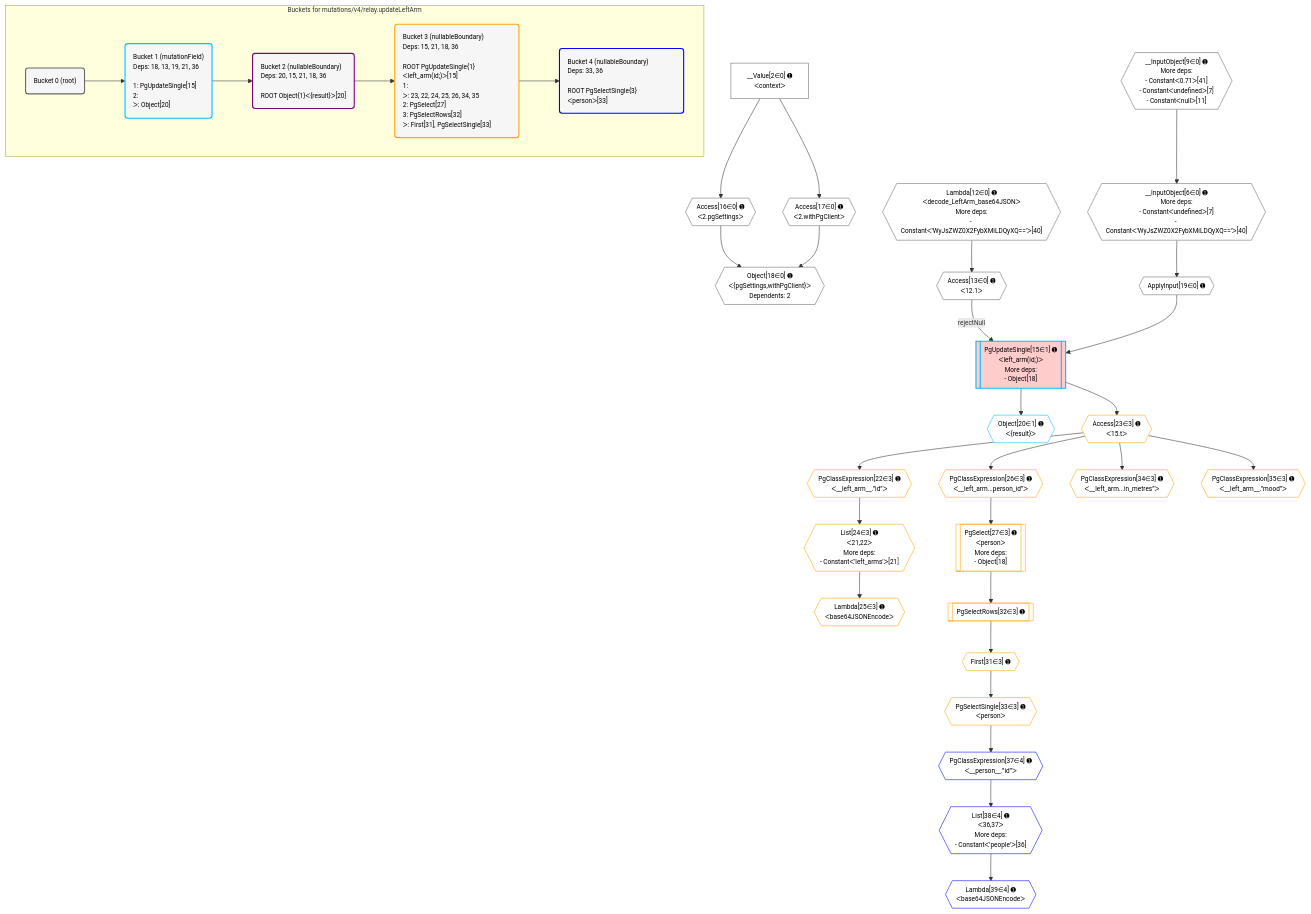
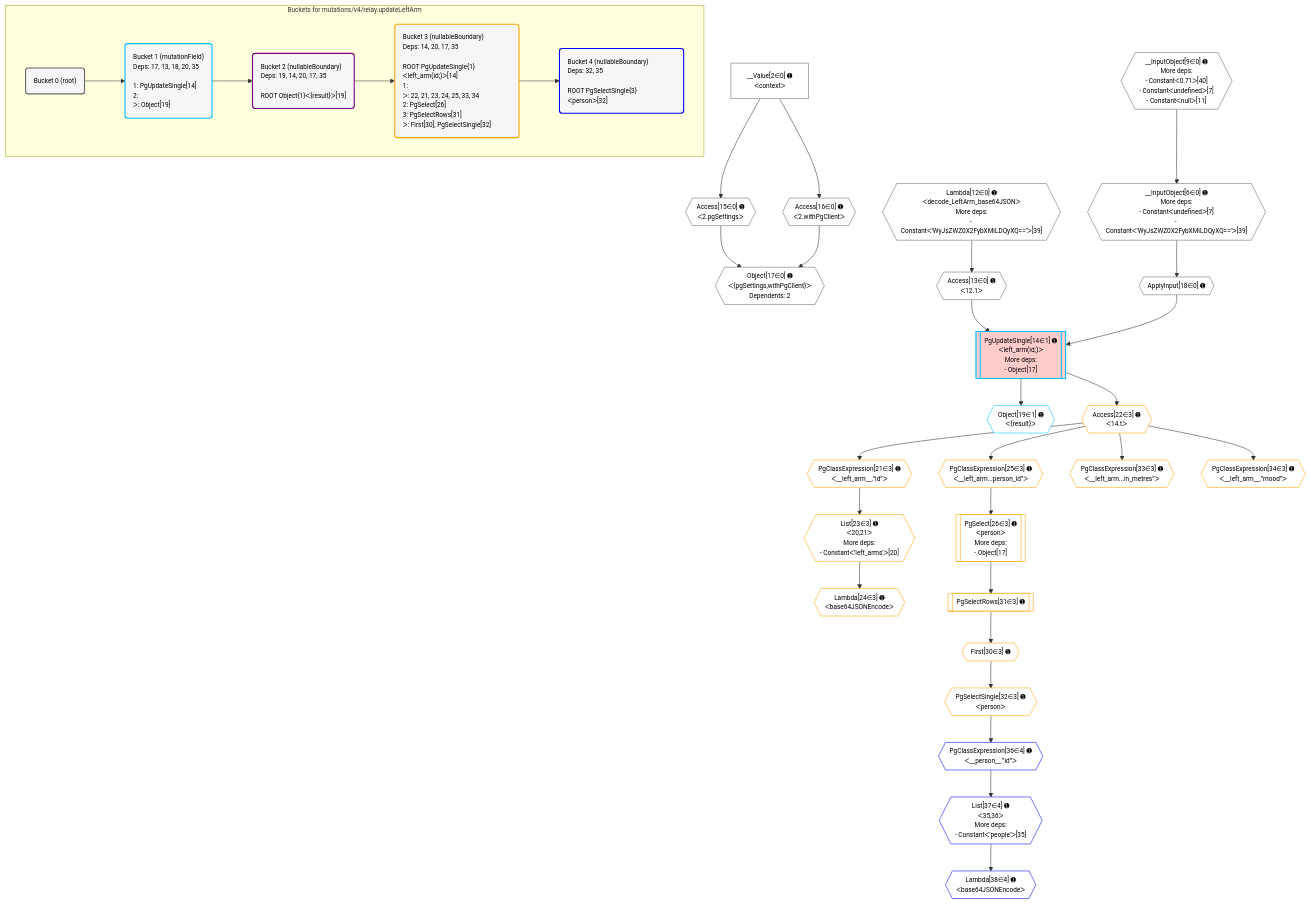
Before and after one commit to graphile/crystal: the diagram in postgraphile/postgraphile/__tests__/mutations/v4/relay.updateLeftArm.mermaid, drawn with Mermaid. The commit also changed 17 other files, not shown here.

Commit message:
Update mermaid plans

```diff
--- a/postgraphile/postgraphile/__tests__/mutations/v4/relay.updateLeftArm.mermaid
+++ b/postgraphile/postgraphile/__tests__/mutations/v4/relay.updateLeftArm.mermaid
@@ -1,82 +1,81 @@
 %%{init: {'themeVariables': { 'fontSize': '12px'}}}%%
 graph TD
     classDef path fill:#eee,stroke:#000,color:#000
     classDef plan fill:#fff,stroke-width:1px,color:#000
     classDef itemplan fill:#fff,stroke-width:2px,color:#000
     classDef unbatchedplan fill:#dff,stroke-width:1px,color:#000
     classDef sideeffectplan fill:#fcc,stroke-width:2px,color:#000
     classDef bucket fill:#f6f6f6,color:#000,stroke-width:2px,text-align:left
 
     subgraph "Buckets for mutations/v4/relay.updateLeftArm"
     Bucket0("Bucket 0 (root)"):::bucket
-    Bucket1("Bucket 1 (mutationField)<br />Deps: 18, 13, 19, 21, 36<br /><br />1: PgUpdateSingle[15]<br />2: <br />ᐳ: Object[20]"):::bucket
-    Bucket2("Bucket 2 (nullableBoundary)<br />Deps: 20, 15, 21, 18, 36<br /><br />ROOT Object{1}ᐸ{result}ᐳ[20]"):::bucket
-    Bucket3("Bucket 3 (nullableBoundary)<br />Deps: 15, 21, 18, 36<br /><br />ROOT PgUpdateSingle{1}ᐸleft_arm(id;)ᐳ[15]<br />1: <br />ᐳ: 23, 22, 24, 25, 26, 34, 35<br />2: PgSelect[27]<br />3: PgSelectRows[32]<br />ᐳ: First[31], PgSelectSingle[33]"):::bucket
-    Bucket4("Bucket 4 (nullableBoundary)<br />Deps: 33, 36<br /><br />ROOT PgSelectSingle{3}ᐸpersonᐳ[33]"):::bucket
+    Bucket1("Bucket 1 (mutationField)<br />Deps: 17, 13, 18, 20, 35<br /><br />1: PgUpdateSingle[14]<br />2: <br />ᐳ: Object[19]"):::bucket
+    Bucket2("Bucket 2 (nullableBoundary)<br />Deps: 19, 14, 20, 17, 35<br /><br />ROOT Object{1}ᐸ{result}ᐳ[19]"):::bucket
+    Bucket3("Bucket 3 (nullableBoundary)<br />Deps: 14, 20, 17, 35<br /><br />ROOT PgUpdateSingle{1}ᐸleft_arm(id;)ᐳ[14]<br />1: <br />ᐳ: 22, 21, 23, 24, 25, 33, 34<br />2: PgSelect[26]<br />3: PgSelectRows[31]<br />ᐳ: First[30], PgSelectSingle[32]"):::bucket
+    Bucket4("Bucket 4 (nullableBoundary)<br />Deps: 32, 35<br /><br />ROOT PgSelectSingle{3}ᐸpersonᐳ[32]"):::bucket
     end
     Bucket0 --> Bucket1
     Bucket1 --> Bucket2
     Bucket2 --> Bucket3
     Bucket3 --> Bucket4
 
     %% plan dependencies
-    __InputObject6{{"__InputObject[6∈0] ➊<br />More deps:<br />- Constantᐸundefinedᐳ[7]<br />- Constantᐸ'WyJsZWZ0X2FybXMiLDQyXQ=='ᐳ[40]"}}:::plan
-    __InputObject9{{"__InputObject[9∈0] ➊<br />More deps:<br />- Constantᐸ0.71ᐳ[41]<br />- Constantᐸundefinedᐳ[7]<br />- Constantᐸnullᐳ[11]"}}:::plan
+    __InputObject6{{"__InputObject[6∈0] ➊<br />More deps:<br />- Constantᐸundefinedᐳ[7]<br />- Constantᐸ'WyJsZWZ0X2FybXMiLDQyXQ=='ᐳ[39]"}}:::plan
+    __InputObject9{{"__InputObject[9∈0] ➊<br />More deps:<br />- Constantᐸ0.71ᐳ[40]<br />- Constantᐸundefinedᐳ[7]<br />- Constantᐸnullᐳ[11]"}}:::plan
     __InputObject9 --> __InputObject6
-    Object18{{"Object[18∈0] ➊<br />ᐸ{pgSettings,withPgClient}ᐳ<br />Dependents: 2"}}:::plan
-    Access16{{"Access[16∈0] ➊<br />ᐸ2.pgSettingsᐳ"}}:::plan
-    Access17{{"Access[17∈0] ➊<br />ᐸ2.withPgClientᐳ"}}:::plan
-    Access16 & Access17 --> Object18
-    Lambda12{{"Lambda[12∈0] ➊<br />ᐸdecode_LeftArm_base64JSONᐳ<br />More deps:<br />- Constantᐸ'WyJsZWZ0X2FybXMiLDQyXQ=='ᐳ[40]"}}:::plan
+    Object17{{"Object[17∈0] ➊<br />ᐸ{pgSettings,withPgClient}ᐳ<br />Dependents: 2"}}:::plan
+    Access15{{"Access[15∈0] ➊<br />ᐸ2.pgSettingsᐳ"}}:::plan
+    Access16{{"Access[16∈0] ➊<br />ᐸ2.withPgClientᐳ"}}:::plan
+    Access15 & Access16 --> Object17
+    Lambda12{{"Lambda[12∈0] ➊<br />ᐸdecode_LeftArm_base64JSONᐳ<br />More deps:<br />- Constantᐸ'WyJsZWZ0X2FybXMiLDQyXQ=='ᐳ[39]"}}:::plan
     Access13{{"Access[13∈0] ➊<br />ᐸ12.1ᐳ"}}:::plan
     Lambda12 --> Access13
     __Value2["__Value[2∈0] ➊<br />ᐸcontextᐳ"]:::plan
+    __Value2 --> Access15
     __Value2 --> Access16
-    __Value2 --> Access17
-    ApplyInput19{{"ApplyInput[19∈0] ➊"}}:::plan
-    __InputObject6 --> ApplyInput19
-    PgUpdateSingle15[["PgUpdateSingle[15∈1] ➊<br />ᐸleft_arm(id;)ᐳ<br />More deps:<br />- Object[18]"]]:::sideeffectplan
-    Access13 -->|rejectNull| PgUpdateSingle15
-    ApplyInput19 --> PgUpdateSingle15
-    Object20{{"Object[20∈1] ➊<br />ᐸ{result}ᐳ"}}:::plan
-    PgUpdateSingle15 --> Object20
-    List24{{"List[24∈3] ➊<br />ᐸ21,22ᐳ<br />More deps:<br />- Constantᐸ'left_arms'ᐳ[21]"}}:::plan
-    PgClassExpression22{{"PgClassExpression[22∈3] ➊<br />ᐸ__left_arm__.”id”ᐳ"}}:::plan
-    PgClassExpression22 --> List24
-    PgSelect27[["PgSelect[27∈3] ➊<br />ᐸpersonᐳ<br />More deps:<br />- Object[18]"]]:::plan
-    PgClassExpression26{{"PgClassExpression[26∈3] ➊<br />ᐸ__left_arm...person_id”ᐳ"}}:::plan
-    PgClassExpression26 --> PgSelect27
-    Access23{{"Access[23∈3] ➊<br />ᐸ15.tᐳ"}}:::plan
-    Access23 --> PgClassExpression22
-    PgUpdateSingle15 --> Access23
-    Lambda25{{"Lambda[25∈3] ➊<br />ᐸbase64JSONEncodeᐳ"}}:::plan
-    List24 --> Lambda25
-    Access23 --> PgClassExpression26
-    First31{{"First[31∈3] ➊"}}:::plan
-    PgSelectRows32[["PgSelectRows[32∈3] ➊"]]:::plan
-    PgSelectRows32 --> First31
-    PgSelect27 --> PgSelectRows32
-    PgSelectSingle33{{"PgSelectSingle[33∈3] ➊<br />ᐸpersonᐳ"}}:::plan
-    First31 --> PgSelectSingle33
-    PgClassExpression34{{"PgClassExpression[34∈3] ➊<br />ᐸ__left_arm...in_metres”ᐳ"}}:::plan
-    Access23 --> PgClassExpression34
-    PgClassExpression35{{"PgClassExpression[35∈3] ➊<br />ᐸ__left_arm__.”mood”ᐳ"}}:::plan
-    Access23 --> PgClassExpression35
-    List38{{"List[38∈4] ➊<br />ᐸ36,37ᐳ<br />More deps:<br />- Constantᐸ'people'ᐳ[36]"}}:::plan
-    PgClassExpression37{{"PgClassExpression[37∈4] ➊<br />ᐸ__person__.”id”ᐳ"}}:::plan
-    PgClassExpression37 --> List38
-    PgSelectSingle33 --> PgClassExpression37
-    Lambda39{{"Lambda[39∈4] ➊<br />ᐸbase64JSONEncodeᐳ"}}:::plan
-    List38 --> Lambda39
+    ApplyInput18{{"ApplyInput[18∈0] ➊"}}:::plan
+    __InputObject6 --> ApplyInput18
+    PgUpdateSingle14[["PgUpdateSingle[14∈1] ➊<br />ᐸleft_arm(id;)ᐳ<br />More deps:<br />- Object[17]"]]:::sideeffectplan
+    Access13 & ApplyInput18 --> PgUpdateSingle14
+    Object19{{"Object[19∈1] ➊<br />ᐸ{result}ᐳ"}}:::plan
+    PgUpdateSingle14 --> Object19
+    List23{{"List[23∈3] ➊<br />ᐸ20,21ᐳ<br />More deps:<br />- Constantᐸ'left_arms'ᐳ[20]"}}:::plan
+    PgClassExpression21{{"PgClassExpression[21∈3] ➊<br />ᐸ__left_arm__.”id”ᐳ"}}:::plan
+    PgClassExpression21 --> List23
+    PgSelect26[["PgSelect[26∈3] ➊<br />ᐸpersonᐳ<br />More deps:<br />- Object[17]"]]:::plan
+    PgClassExpression25{{"PgClassExpression[25∈3] ➊<br />ᐸ__left_arm...person_id”ᐳ"}}:::plan
+    PgClassExpression25 --> PgSelect26
+    Access22{{"Access[22∈3] ➊<br />ᐸ14.tᐳ"}}:::plan
+    Access22 --> PgClassExpression21
+    PgUpdateSingle14 --> Access22
+    Lambda24{{"Lambda[24∈3] ➊<br />ᐸbase64JSONEncodeᐳ"}}:::plan
+    List23 --> Lambda24
+    Access22 --> PgClassExpression25
+    First30{{"First[30∈3] ➊"}}:::plan
+    PgSelectRows31[["PgSelectRows[31∈3] ➊"]]:::plan
+    PgSelectRows31 --> First30
+    PgSelect26 --> PgSelectRows31
+    PgSelectSingle32{{"PgSelectSingle[32∈3] ➊<br />ᐸpersonᐳ"}}:::plan
+    First30 --> PgSelectSingle32
+    PgClassExpression33{{"PgClassExpression[33∈3] ➊<br />ᐸ__left_arm...in_metres”ᐳ"}}:::plan
+    Access22 --> PgClassExpression33
+    PgClassExpression34{{"PgClassExpression[34∈3] ➊<br />ᐸ__left_arm__.”mood”ᐳ"}}:::plan
+    Access22 --> PgClassExpression34
+    List37{{"List[37∈4] ➊<br />ᐸ35,36ᐳ<br />More deps:<br />- Constantᐸ'people'ᐳ[35]"}}:::plan
+    PgClassExpression36{{"PgClassExpression[36∈4] ➊<br />ᐸ__person__.”id”ᐳ"}}:::plan
+    PgClassExpression36 --> List37
+    PgSelectSingle32 --> PgClassExpression36
+    Lambda38{{"Lambda[38∈4] ➊<br />ᐸbase64JSONEncodeᐳ"}}:::plan
+    List37 --> Lambda38
 
     %% define steps
     classDef bucket0 stroke:#696969
-    class Bucket0,__Value2,__InputObject6,__InputObject9,Lambda12,Access13,Access16,Access17,Object18,ApplyInput19 bucket0
+    class Bucket0,__Value2,__InputObject6,__InputObject9,Lambda12,Access13,Access15,Access16,Object17,ApplyInput18 bucket0
     classDef bucket1 stroke:#00bfff
-    class Bucket1,PgUpdateSingle15,Object20 bucket1
+    class Bucket1,PgUpdateSingle14,Object19 bucket1
     classDef bucket2 stroke:#7f007f
     class Bucket2 bucket2
     classDef bucket3 stroke:#ffa500
-    class Bucket3,PgClassExpression22,Access23,List24,Lambda25,PgClassExpression26,PgSelect27,First31,PgSelectRows32,PgSelectSingle33,PgClassExpression34,PgClassExpression35 bucket3
+    class Bucket3,PgClassExpression21,Access22,List23,Lambda24,PgClassExpression25,PgSelect26,First30,PgSelectRows31,PgSelectSingle32,PgClassExpression33,PgClassExpression34 bucket3
     classDef bucket4 stroke:#0000ff
-    class Bucket4,PgClassExpression37,List38,Lambda39 bucket4
+    class Bucket4,PgClassExpression36,List37,Lambda38 bucket4
```
